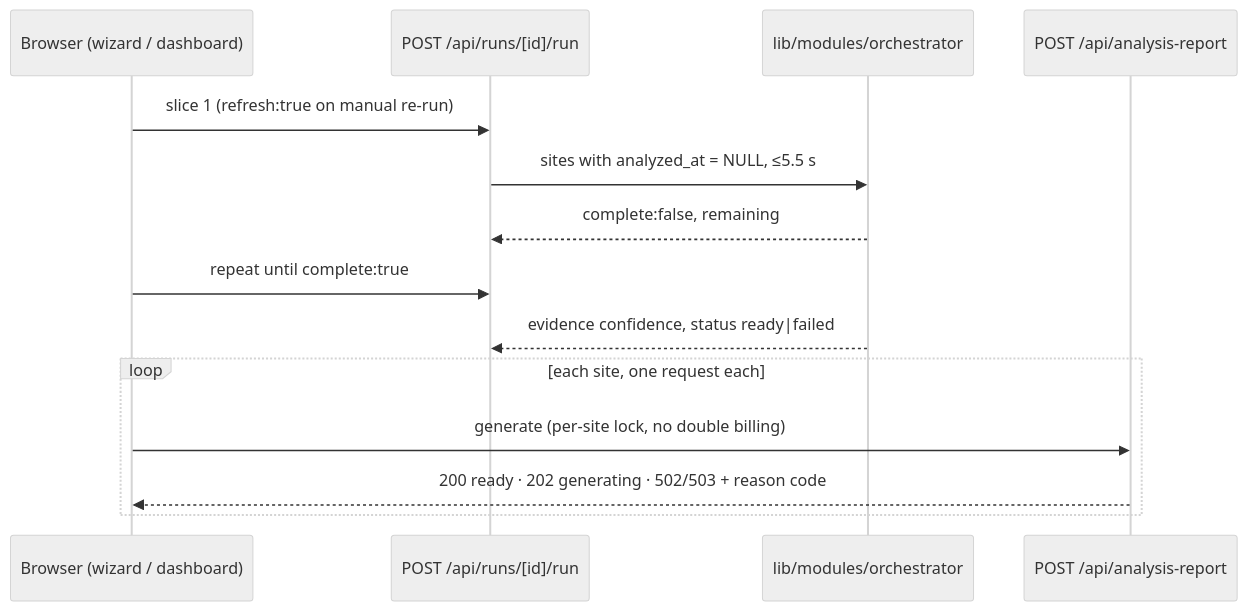
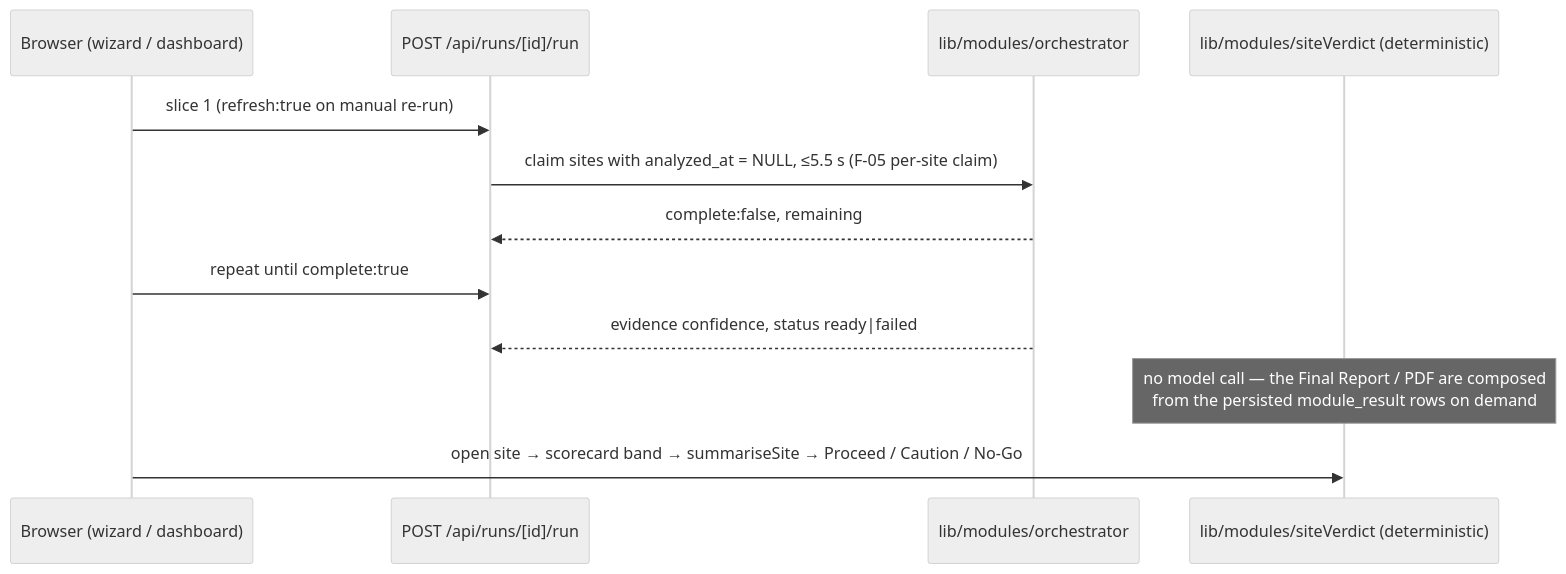
The second of 2 diagrams in docs/HANDOFF.md (jcsylvester000/bsa-version-3), drawn with Mermaid (neutral theme) before and after one commit. The commit also changed other lines of this file and 32 other files, not shown here.

````diff
--- a/docs/HANDOFF.md
+++ b/docs/HANDOFF.md
@@ -37,16 +37,14 @@
 ```mermaid
 sequenceDiagram
   participant UI as Browser (wizard / dashboard)
   participant Run as POST /api/runs/[id]/run
   participant Orc as lib/modules/orchestrator
-  participant AI as POST /api/analysis-report
+  participant Rec as lib/modules/siteVerdict (deterministic)
   UI->>Run: slice 1 (refresh:true on manual re-run)
-  Run->>Orc: sites with analyzed_at = NULL, ≤5.5 s
+  Run->>Orc: claim sites with analyzed_at = NULL, ≤5.5 s (F-05 per-site claim)
   Orc-->>Run: complete:false, remaining
   UI->>Run: repeat until complete:true
   Orc-->>Run: evidence confidence, status ready|failed
-  loop each site, one request each
-    UI->>AI: generate (per-site lock, no double billing)
-    AI-->>UI: 200 ready · 202 generating · 502/503 + reason code
-  end
+  Note over Rec: no model call — the Final Report / PDF are composed<br/>from the persisted module_result rows on demand
+  UI->>Rec: open site → scorecard band → summariseSite → Proceed / Caution / No-Go
 ```
````
